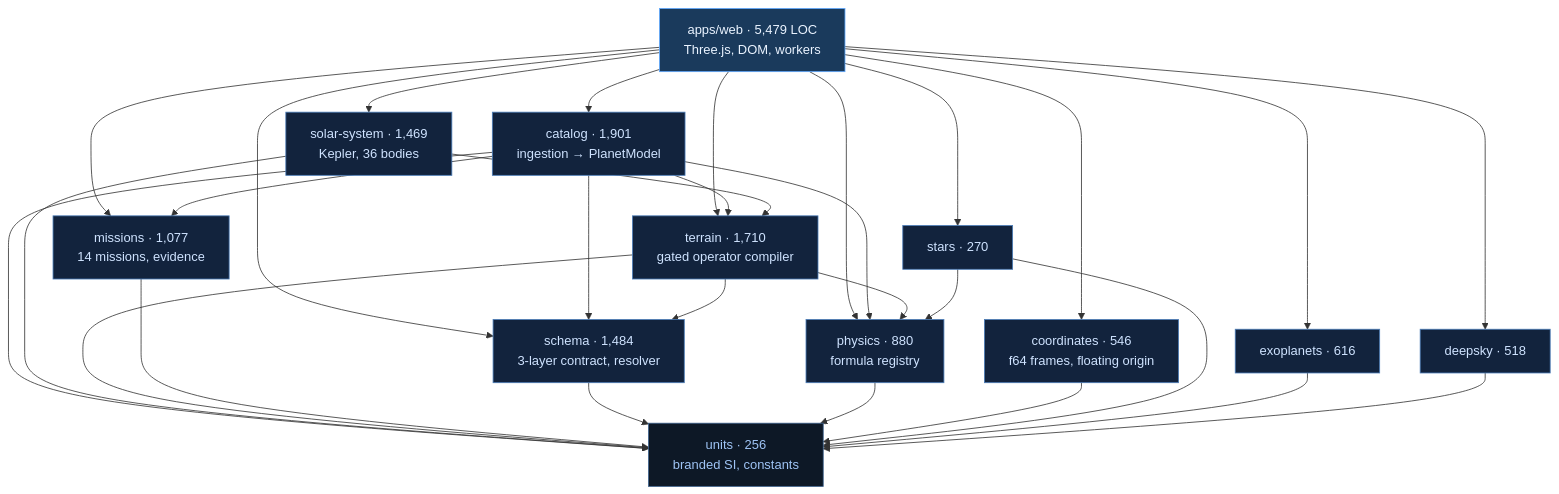
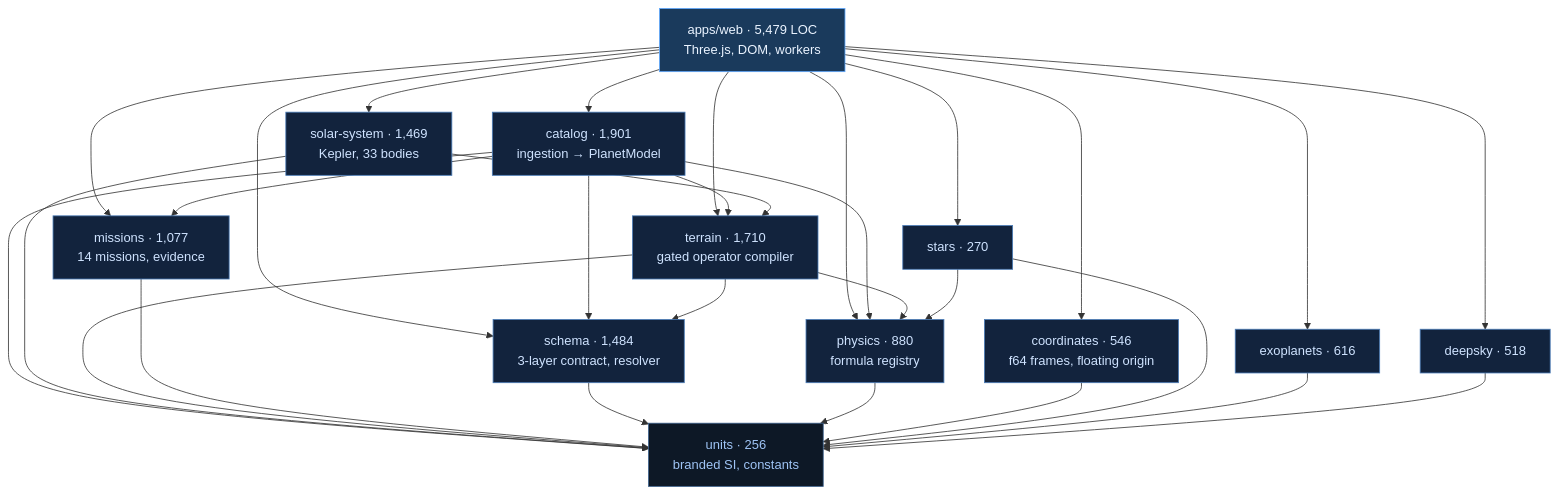
Before and after one commit to Hussaincodes01/Aether-Space-Program: the diagram in docs/ARCHITECTURE.md, drawn with Mermaid. The commit also changed 3 other files, not shown here.

First line of the commit message:
Correct the Solar System body count: 33, not 36

````diff
--- a/docs/ARCHITECTURE.md
+++ b/docs/ARCHITECTURE.md
@@ -98,30 +98,30 @@
 ```mermaid
 graph TD
     web["apps/web · 5,479 LOC<br/>Three.js, DOM, workers"]
 
     catalog["catalog · 1,901<br/>ingestion → PlanetModel"]
-    solar["solar-system · 1,469<br/>Kepler, 36 bodies"]
+    solar["solar-system · 1,469<br/>Kepler, 33 bodies"]
     terrain["terrain · 1,710<br/>gated operator compiler"]
     missions["missions · 1,077<br/>14 missions, evidence"]
     schema["schema · 1,484<br/>3-layer contract, resolver"]
     physics["physics · 880<br/>formula registry"]
     coords["coordinates · 546<br/>f64 frames, floating origin"]
     stars["stars · 270"]
     exo["exoplanets · 616"]
     deep["deepsky · 518"]
     units["units · 256<br/>branded SI, constants"]
 
     web --> catalog & solar & terrain & missions & schema & physics & coords & stars & exo & deep
     catalog --> missions & physics & schema & terrain
     solar --> terrain
     terrain --> physics & schema
     stars --> physics
     catalog & solar & terrain & missions & schema & physics & coords & stars & exo & deep --> units
 
     classDef app fill:#1a3a5c,stroke:#5ea8ff,color:#eaf3ff
     classDef sci fill:#12233d,stroke:#4a7cb8,color:#cfe3ff
     classDef base fill:#0d1826,stroke:#3a5f8a,color:#9fc4f5
     class web app
     class catalog,solar,terrain,missions,schema,physics,coords,stars,exo,deep sci
     class units base
 ```
````
